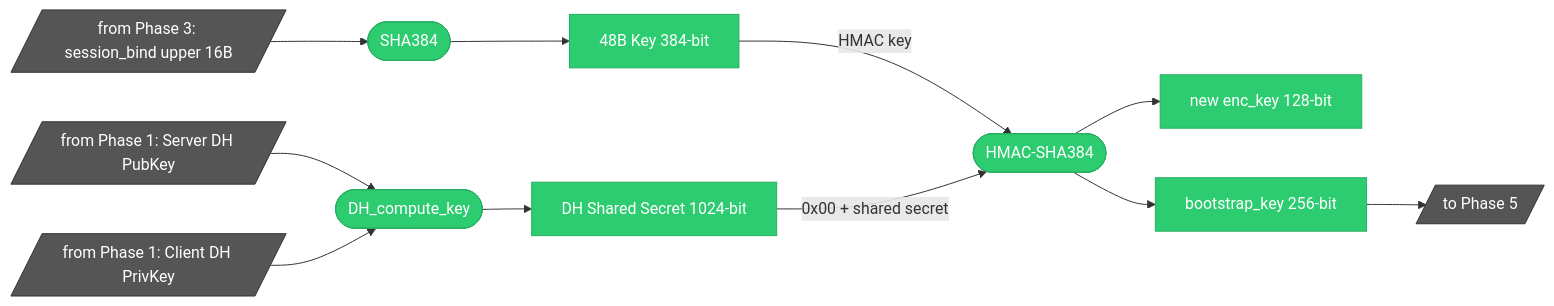
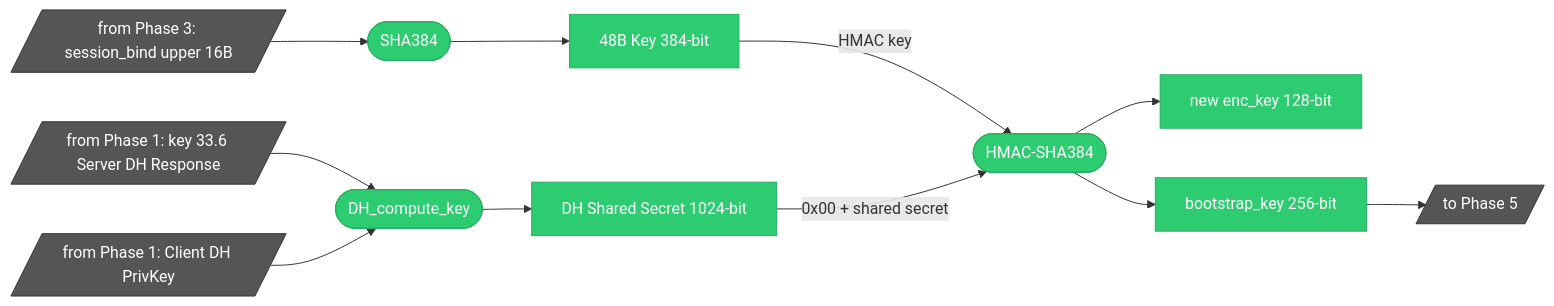
The third of 9 diagrams in docs/spec/msl_key_relationship.md (qtmleap/revkit), drawn with Mermaid before and after one commit. The commit also changed other lines of this file, not shown here.

First line of the commit message:
docs(spec): appboot Response を key 33.6 / 33.9 に分解

````diff
--- a/docs/spec/msl_key_relationship.md
+++ b/docs/spec/msl_key_relationship.md
@@ -81,25 +85,25 @@
 ```mermaid
 graph LR
-    FROM_P1a[/"from Phase 1: Server DH PubKey"/] --> OP_DH(["DH_compute_key"])
+    FROM_P1a[/"from Phase 1: key 33.6 Server DH Response"/] --> OP_DH(["DH_compute_key"])
     FROM_P1b[/"from Phase 1: Client DH PrivKey"/] --> OP_DH
     OP_DH --> DH_SHARED["DH Shared Secret 1024-bit"]
     FROM_P3[/"from Phase 3: session_bind upper 16B"/] --> OP_SHA2(["SHA384"])
     OP_SHA2 --> KEY48["48B Key 384-bit"]
     KEY48 -->|HMAC key| OP_HMAC(["HMAC-SHA384"])
     DH_SHARED -->|0x00 + shared secret| OP_HMAC
     OP_HMAC --> NEW_ENC["new enc_key 128-bit"]
     OP_HMAC --> NEW_SIGN["bootstrap_key 256-bit"]
     NEW_SIGN --> TO_P5[/"to Phase 5"/]
 
     style FROM_P1a fill:#555,stroke:#333,color:#fff
     style FROM_P1b fill:#555,stroke:#333,color:#fff
     style FROM_P3 fill:#555,stroke:#333,color:#fff
     style TO_P5 fill:#555,stroke:#333,color:#fff
     style OP_DH fill:#2ecc71,stroke:#27ae60,color:#fff
     style DH_SHARED fill:#2ecc71,stroke:#27ae60,color:#fff
     style OP_SHA2 fill:#2ecc71,stroke:#27ae60,color:#fff
     style KEY48 fill:#2ecc71,stroke:#27ae60,color:#fff
     style OP_HMAC fill:#2ecc71,stroke:#27ae60,color:#fff
     style NEW_ENC fill:#2ecc71,stroke:#27ae60,color:#fff
     style NEW_SIGN fill:#2ecc71,stroke:#27ae60,color:#fff
 ```
````
